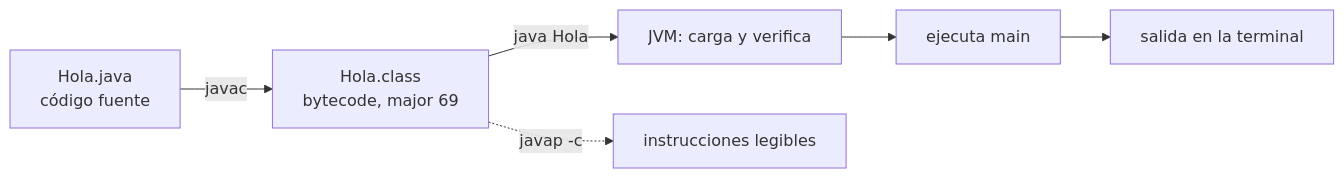
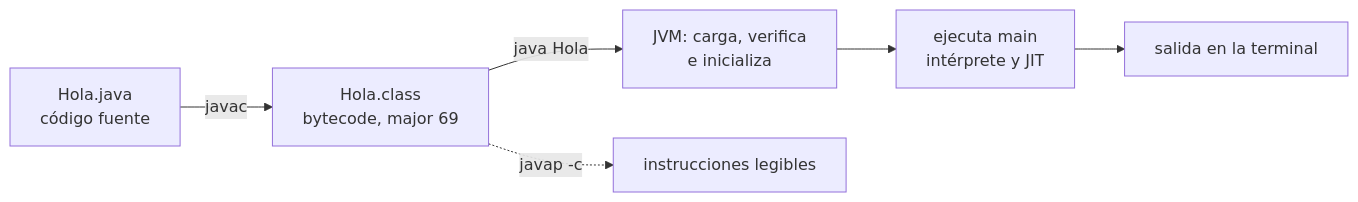
One commit to NICORUIZ93/The_Imperial_Book changed the first of 9 diagrams in web/public/content/java/modulo-0.md. Above: the diagram before and after it, drawn with Mermaid. The commit also changed other lines of this file and 65 other files, not shown here.

````diff
--- a/web/public/content/java/modulo-0.md
+++ b/web/public/content/java/modulo-0.md
@@ -1399,8 +1429,8 @@
 ```mermaid
 flowchart LR
   SRC["Hola.java<br/>código fuente"] -->|javac| CLS["Hola.class<br/>bytecode, major 69"]
-  CLS -->|java Hola| LOAD["JVM: carga y verifica"]
-  LOAD --> RUN["ejecuta main"]
+  CLS -->|java Hola| LOAD["JVM: carga, verifica<br/>e inicializa"]
+  LOAD --> RUN["ejecuta main<br/>intérprete y JIT"]
   RUN --> OUT["salida en la terminal"]
   CLS -.->|javap -c| VIEW["instrucciones legibles"]
 ```
````
